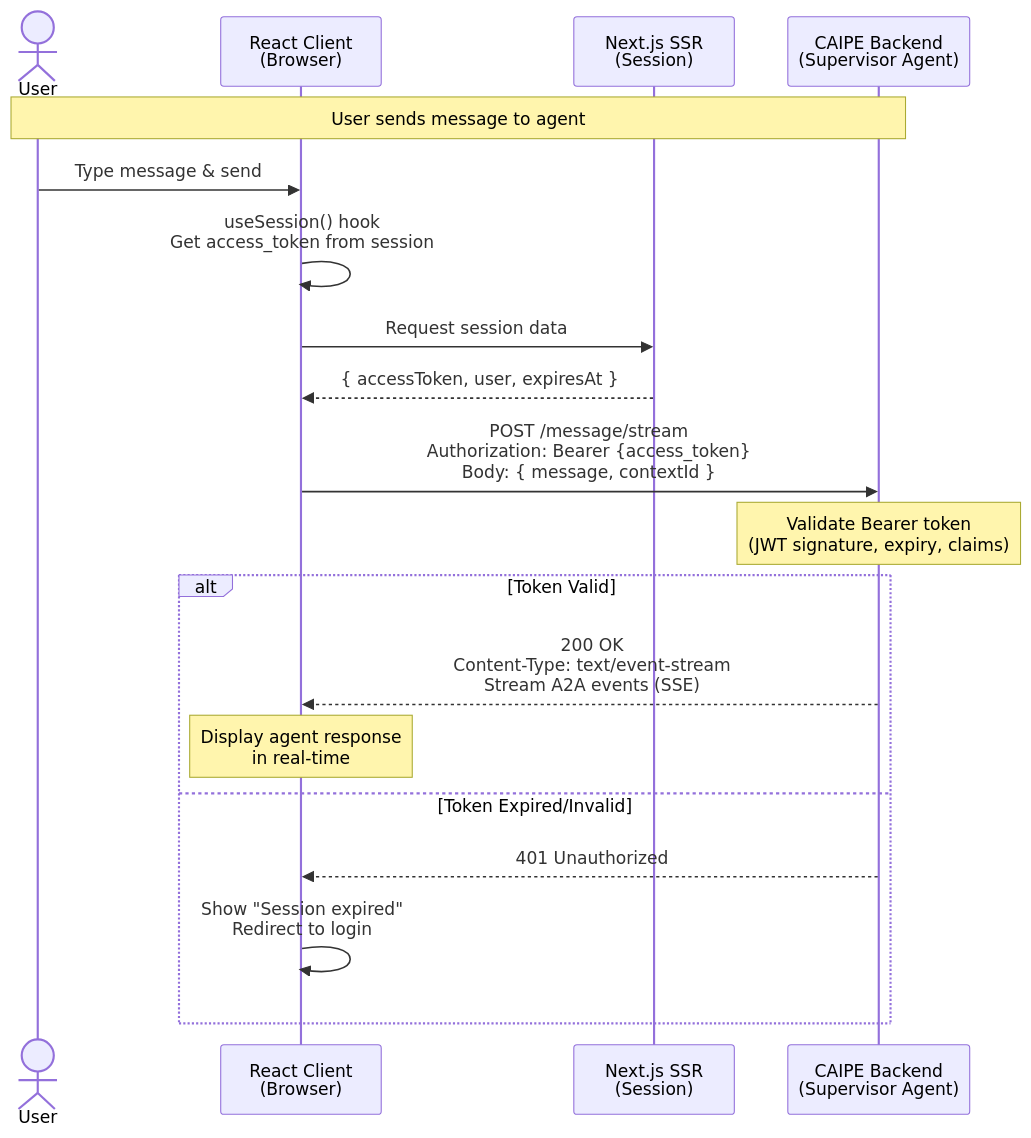
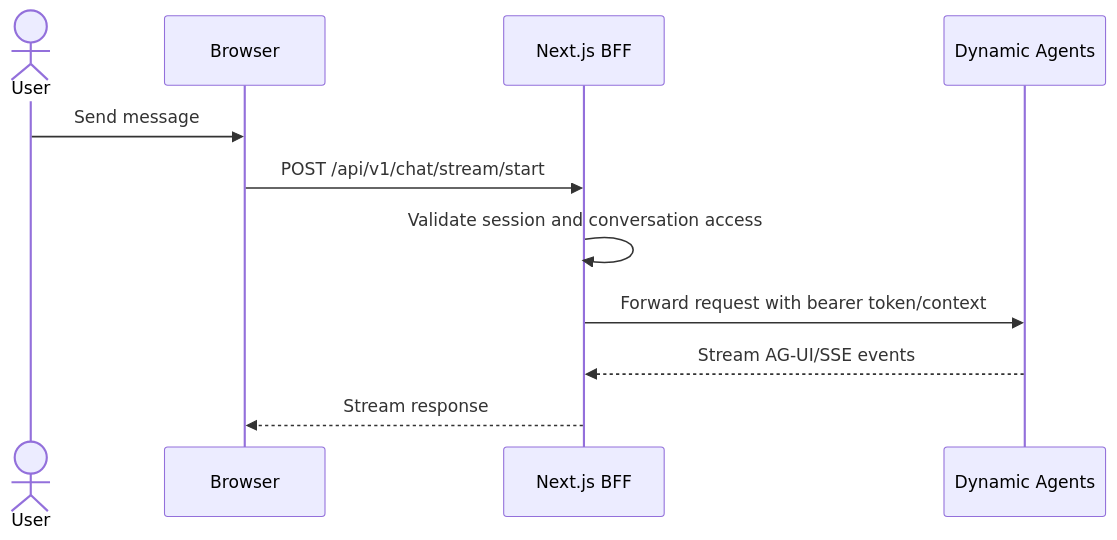
Before and after one commit to cnoe-io/ai-platform-engineering: the second of 2 diagrams in docs/docs/ui/auth-flow.md, drawn with Mermaid. The commit also changed other lines of this file and 252 other files, not shown here.

Commit message:
feat: remove supervisor and standalone agents

````diff
--- a/docs/docs/ui/auth-flow.md
+++ b/docs/docs/ui/auth-flow.md
@@ -46,27 +38,14 @@
 ```mermaid
 sequenceDiagram
     actor User
-    participant Browser as React Client<br/>(Browser)
-    participant NextJS as Next.js SSR<br/>(Session)
-    participant Backend as CAIPE Backend<br/>(Supervisor Agent)
+    participant Browser
+    participant BFF as Next.js BFF
+    participant DA as Dynamic Agents
 
-    Note over User,Backend: User sends message to agent
-
-    User->>Browser: Type message & send
-    Browser->>Browser: useSession() hook<br/>Get access_token from session
-
-    Browser->>NextJS: Request session data
-    NextJS-->>Browser: { accessToken, user, expiresAt }
-
-    Browser->>Backend: POST /message/stream<br/>Authorization: Bearer {access_token}<br/>Body: { message, contextId }
-
-    Note over Backend: Validate Bearer token<br/>(JWT signature, expiry, claims)
-
-    alt Token Valid
-        Backend-->>Browser: 200 OK<br/>Content-Type: text/event-stream<br/>Stream A2A events (SSE)
-        Note over Browser: Display agent response<br/>in real-time
-    else Token Expired/Invalid
-        Backend-->>Browser: 401 Unauthorized
-        Browser->>Browser: Show "Session expired"<br/>Redirect to login
-    end
+    User->>Browser: Send message
+    Browser->>BFF: POST /api/v1/chat/stream/start
+    BFF->>BFF: Validate session and conversation access
+    BFF->>DA: Forward request with bearer token/context
+    DA-->>BFF: Stream AG-UI/SSE events
+    BFF-->>Browser: Stream response
 ```
````
